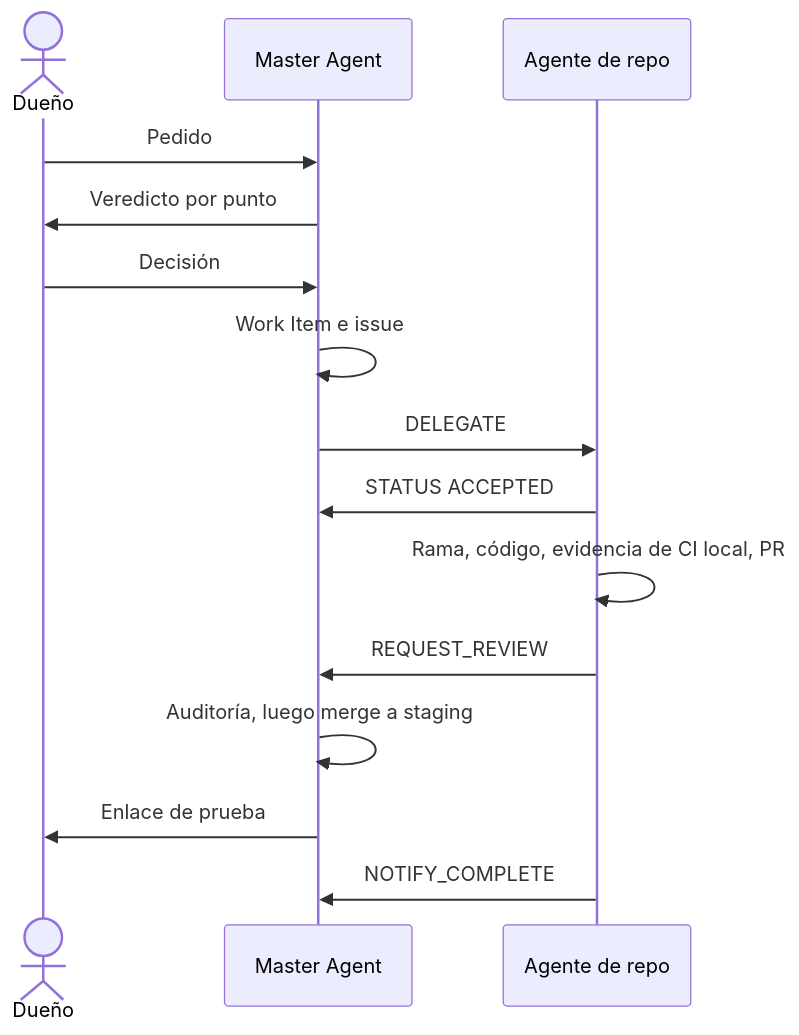
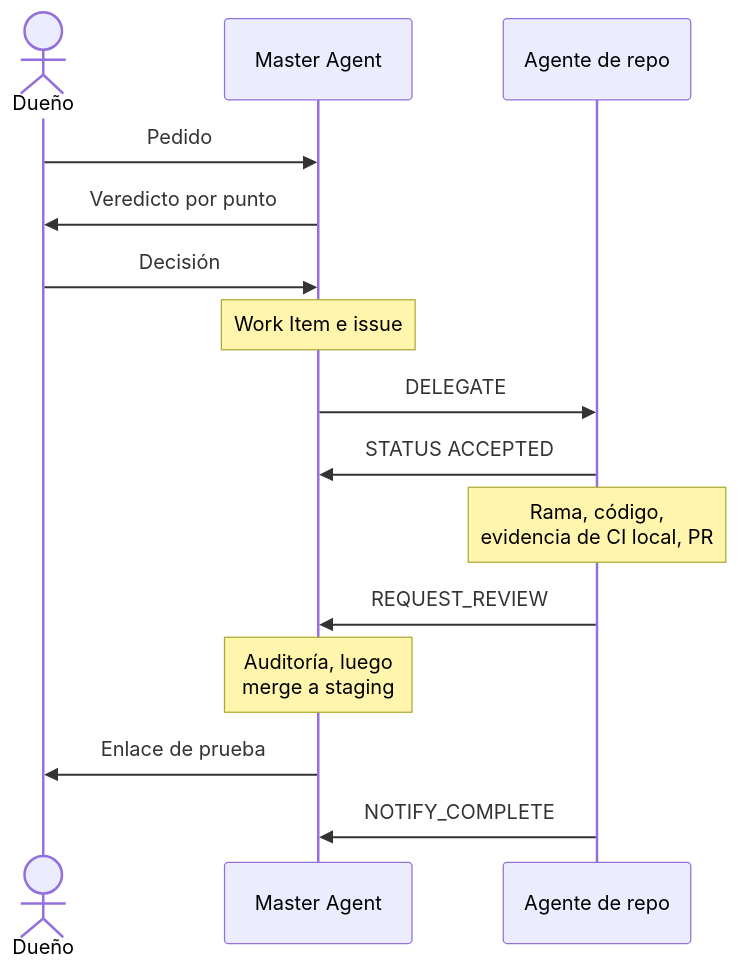
Before and after one commit to Gelpy/gelpy: the diagram in i18n/es/docusaurus-plugin-content-docs/current/framework/agents.md, drawn with Mermaid. The commit also changed 5 other files, not shown here.

First line of the commit message:
docs: make the framework diagrams readable at page width (001-021)

````diff
--- a/i18n/es/docusaurus-plugin-content-docs/current/framework/agents.md
+++ b/i18n/es/docusaurus-plugin-content-docs/current/framework/agents.md
@@ -54,18 +54,18 @@
 ```mermaid
 sequenceDiagram
   actor Owner as Dueño
   participant Master as Master Agent
   participant Agent as Agente de repo
 
   Owner->>Master: Pedido
   Master->>Owner: Veredicto por punto
   Owner->>Master: Decisión
-  Master->>Master: Work Item e issue
+  Note over Master: Work Item e issue
   Master->>Agent: DELEGATE
   Agent->>Master: STATUS ACCEPTED
-  Agent->>Agent: Rama, código, evidencia de CI local, PR
+  Note over Agent: Rama, código,<br/>evidencia de CI local, PR
   Agent->>Master: REQUEST_REVIEW
-  Master->>Master: Auditoría, luego merge a staging
+  Note over Master: Auditoría, luego<br/>merge a staging
   Master->>Owner: Enlace de prueba
   Agent->>Master: NOTIFY_COMPLETE
 ```
````
